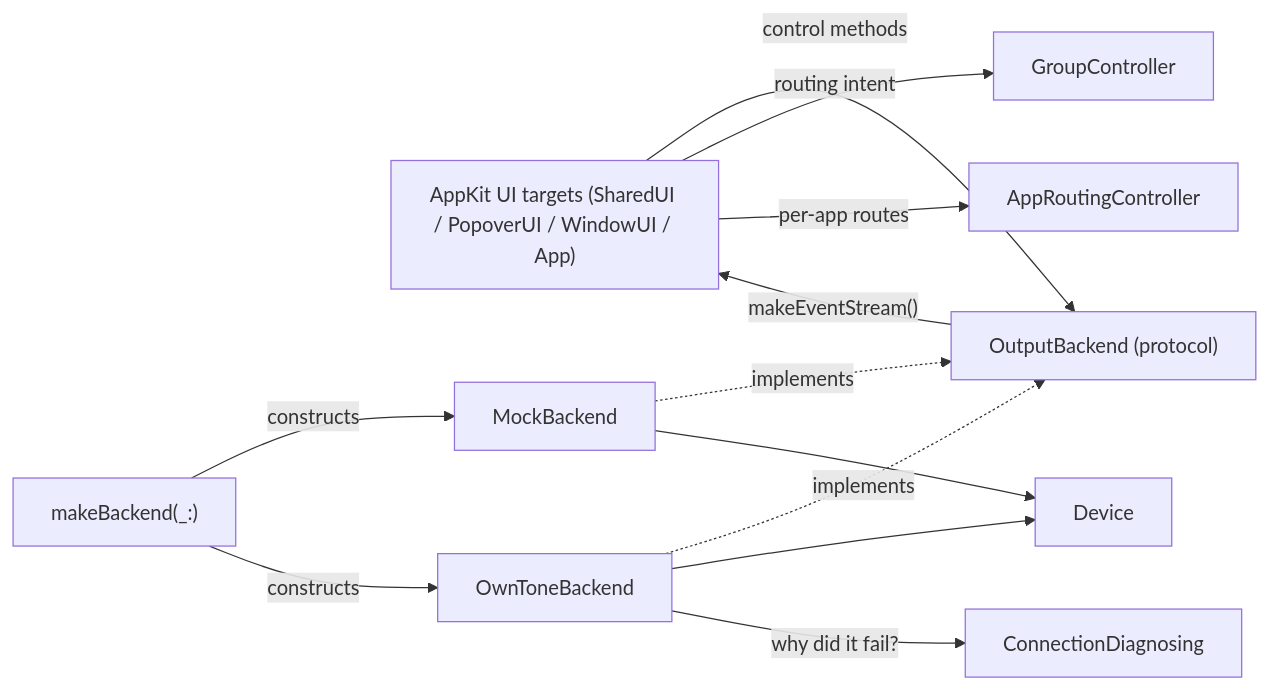
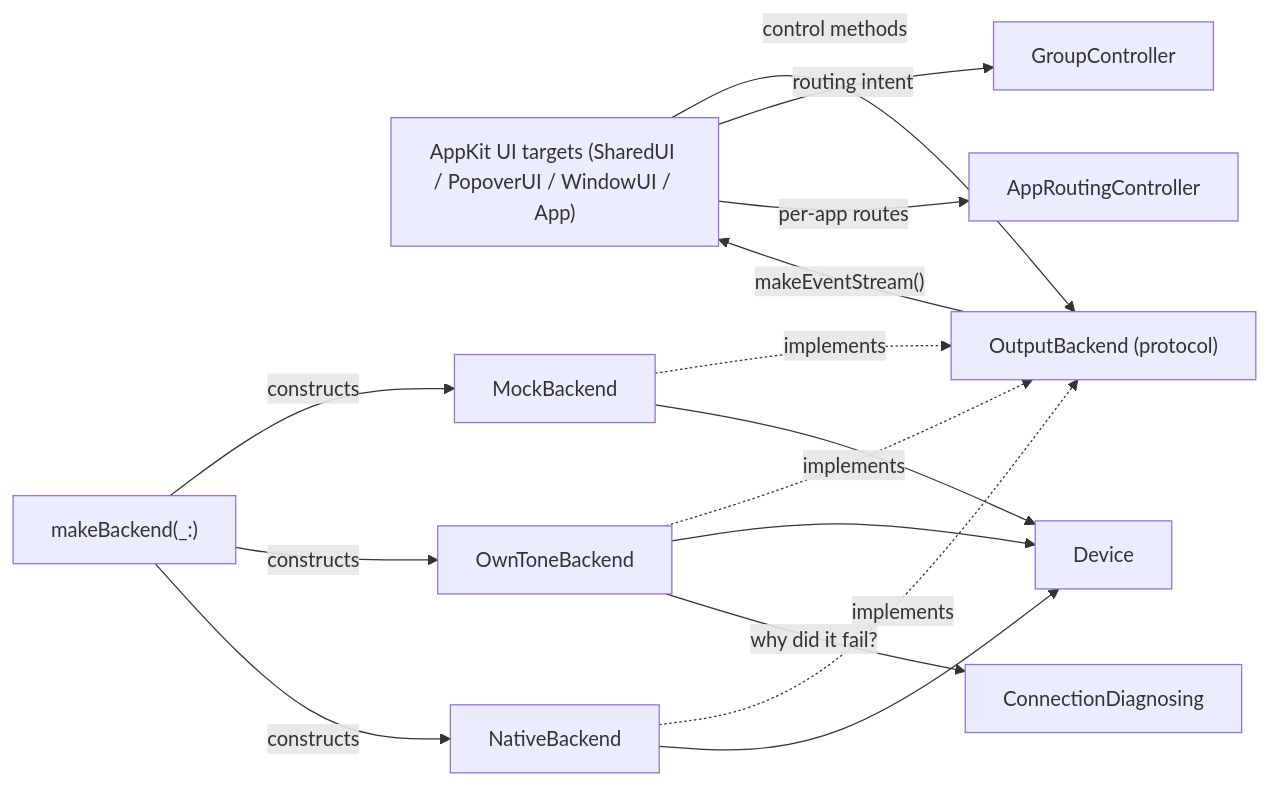
One commit to aa-hh/Audiout changed the diagram in AirPlayControllerCore/AGENTS.md. Above: the diagram before and after it, drawn with Mermaid. The commit also changed other lines of this file and 5 other files, not shown here.

````diff
--- a/AirPlayControllerCore/AGENTS.md
+++ b/AirPlayControllerCore/AGENTS.md
@@ -52,15 +66,18 @@
 ```mermaid
 flowchart LR
     UI["AppKit UI targets (SharedUI / PopoverUI / WindowUI / App)"] -->|control methods| OutputBackend
     OutputBackend -->|"makeEventStream()"| UI
     UI -->|routing intent| GroupController
     UI -->|per-app routes| AppRoutingController
     OutputBackend["OutputBackend (protocol)"]
     MockBackend -.implements.-> OutputBackend
     OwnToneBackend -.implements.-> OutputBackend
+    NativeBackend -.implements.-> OutputBackend
     MockBackend --> Device
     OwnToneBackend --> Device
+    NativeBackend --> Device
     OwnToneBackend -->|"why did it fail?"| ConnectionDiagnosing
     makeBackend["makeBackend(_:)"] -->|constructs| MockBackend
     makeBackend -->|constructs| OwnToneBackend
+    makeBackend -->|constructs| NativeBackend
 ```
````
